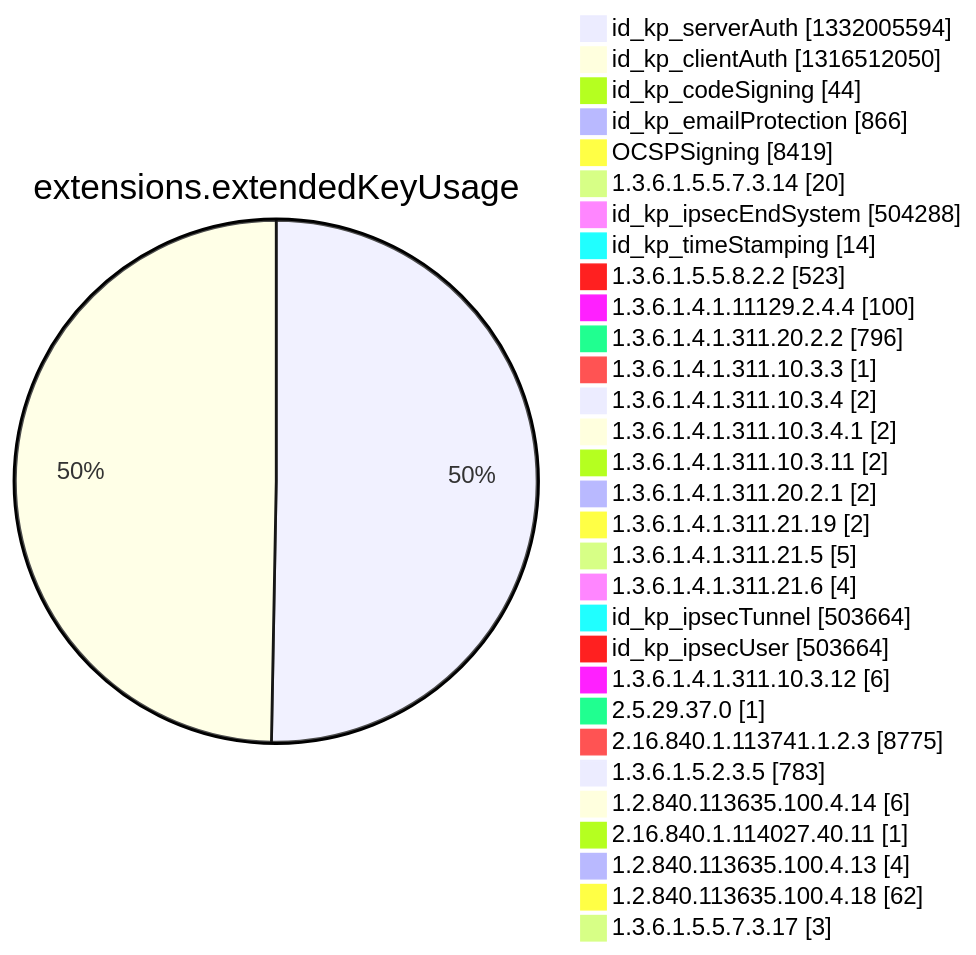
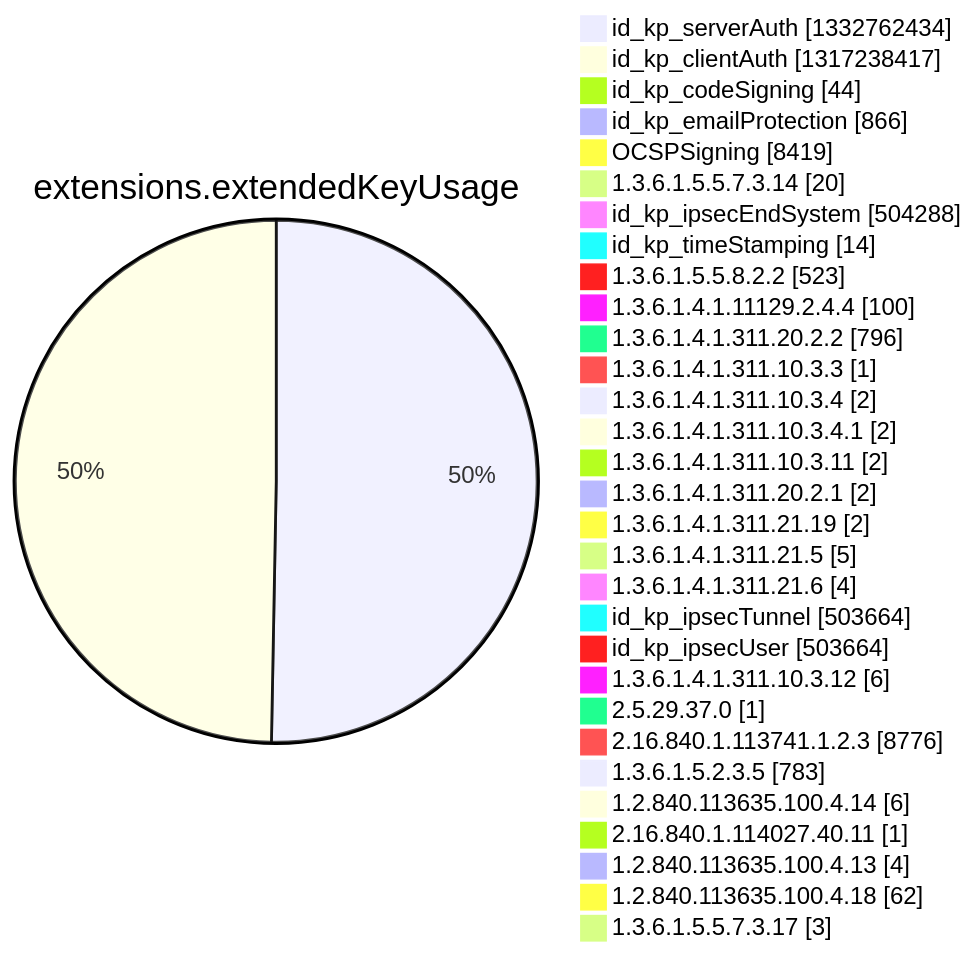
One commit to christiankrug/ctmonitor_visualization changed diagram 12 of 15 in argon2022/README.md. Above: the diagram before and after it, drawn with Mermaid. The commit also changed other lines of this file, not shown here.

````diff
--- a/argon2022/README.md
+++ b/argon2022/README.md
@@ -3553,34 +3553,34 @@
 ```mermaid
 pie showData
 title extensions.extendedKeyUsage
-"id_kp_serverAuth" :1332005594
-"id_kp_clientAuth" :1316512050
+"id_kp_serverAuth" :1332762434
+"id_kp_clientAuth" :1317238417
 "id_kp_codeSigning" :44
 "id_kp_emailProtection" :866
 "OCSPSigning" :8419
 "1.3.6.1.5.5.7.3.14" :20
 "id_kp_ipsecEndSystem" :504288
 "id_kp_timeStamping" :14
 "1.3.6.1.5.5.8.2.2" :523
 "1.3.6.1.4.1.11129.2.4.4" :100
 "1.3.6.1.4.1.311.20.2.2" :796
 "1.3.6.1.4.1.311.10.3.3" :1
 "1.3.6.1.4.1.311.10.3.4" :2
 "1.3.6.1.4.1.311.10.3.4.1" :2
 "1.3.6.1.4.1.311.10.3.11" :2
 "1.3.6.1.4.1.311.20.2.1" :2
 "1.3.6.1.4.1.311.21.19" :2
 "1.3.6.1.4.1.311.21.5" :5
 "1.3.6.1.4.1.311.21.6" :4
 "id_kp_ipsecTunnel" :503664
 "id_kp_ipsecUser" :503664
 "1.3.6.1.4.1.311.10.3.12" :6
 "2.5.29.37.0" :1
-"2.16.840.1.113741.1.2.3" :8775
+"2.16.840.1.113741.1.2.3" :8776
 "1.3.6.1.5.2.3.5" :783
 "1.2.840.113635.100.4.14" :6
 "2.16.840.1.114027.40.11" :1
 "1.2.840.113635.100.4.13" :4
 "1.2.840.113635.100.4.18" :62
 "1.3.6.1.5.5.7.3.17" :3
 ```
````
